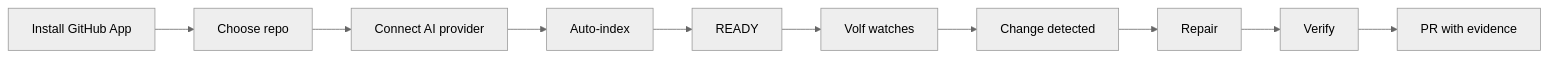
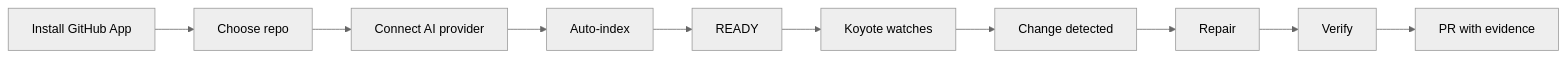
The first of 3 diagrams in docs/SYSTEM_MAP.md (Devaretanmay/HAVFRYS), drawn with Mermaid (neutral theme) before and after one commit. The commit also changed other lines of this file and 222 other files, not shown here.

First line of the commit message:
feat!: rename Volf to Koyote, Howl warns and Hunt repairs

````diff
--- a/docs/SYSTEM_MAP.md
+++ b/docs/SYSTEM_MAP.md
@@ -7,12 +7,12 @@
 ```mermaid
 flowchart LR
     A["Install GitHub App"] --> B["Choose repo"]
     B --> C["Connect AI provider"]
     C --> D["Auto-index"]
     D --> E["READY"]
-    E --> F["Volf watches"]
+    E --> F["Koyote watches"]
     F --> G["Change detected"]
     G --> H["Repair"]
     H --> I["Verify"]
     I --> J["PR with evidence"]
 ```
````
